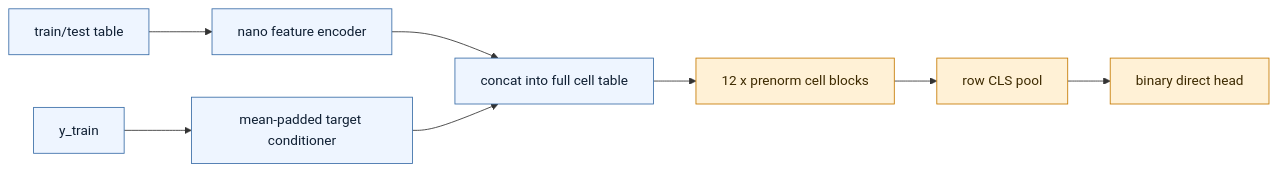
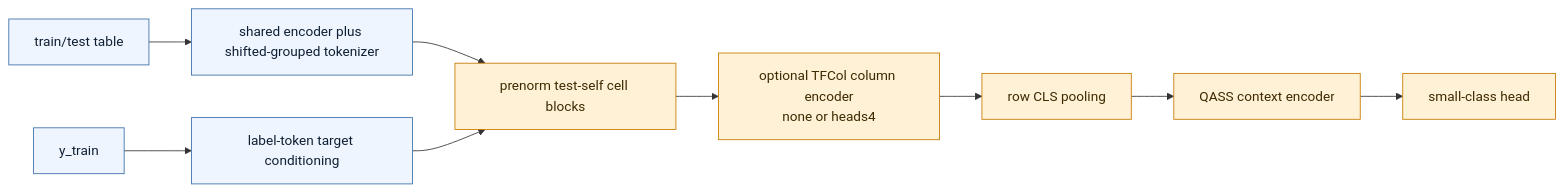
One commit to bensonlee5/tab-foundry changed the first of 4 diagrams in docs/development/architecture-deltas.md. Above: the diagram before and after it, drawn with Mermaid. The commit also changed other lines of this file and 3 other files, not shown here.

````diff
--- a/docs/development/architecture-deltas.md
+++ b/docs/development/architecture-deltas.md
@@ -43,15 +48,16 @@
 ```mermaid
 flowchart LR
-    x[train/test table] --> fe[nano feature encoder]
-    y[y_train] --> tc[mean-padded target conditioner]
-    fe --> cat[concat into full cell table]
-    tc --> cat
-    cat --> blk[12 x prenorm cell blocks]
-    blk --> pool[row CLS pool]
-    pool --> head[binary direct head]
+    x[train/test table] --> tok[shared encoder plus shifted-grouped tokenizer]
+    y[y_train] --> tc[label-token target conditioning]
+    tok --> blk[prenorm test-self cell blocks]
+    tc --> blk
+    blk --> col[optional TFCol column encoder<br/>none or heads4]
+    col --> pool[row CLS pooling]
+    pool --> ctx[QASS context encoder]
+    ctx --> head[small-class head]
 
     classDef base fill:#eef5ff,stroke:#3b6ea8,color:#0f1f33;
     classDef delta fill:#fff1d6,stroke:#c67a00,color:#3d2a00;
-    class blk,pool,head delta;
-    class x,fe,y,tc,cat base;
+    class blk,col,pool,ctx,head delta;
+    class x,tok,y,tc base;
 ```
````
